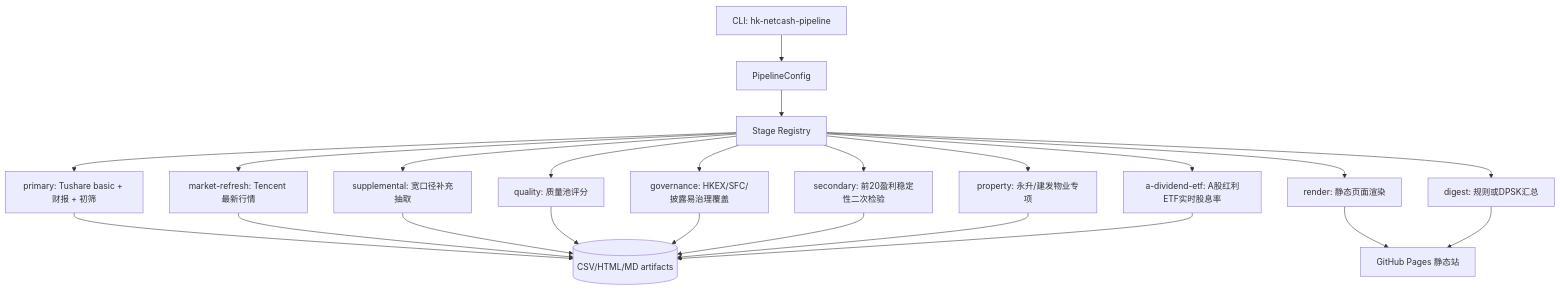
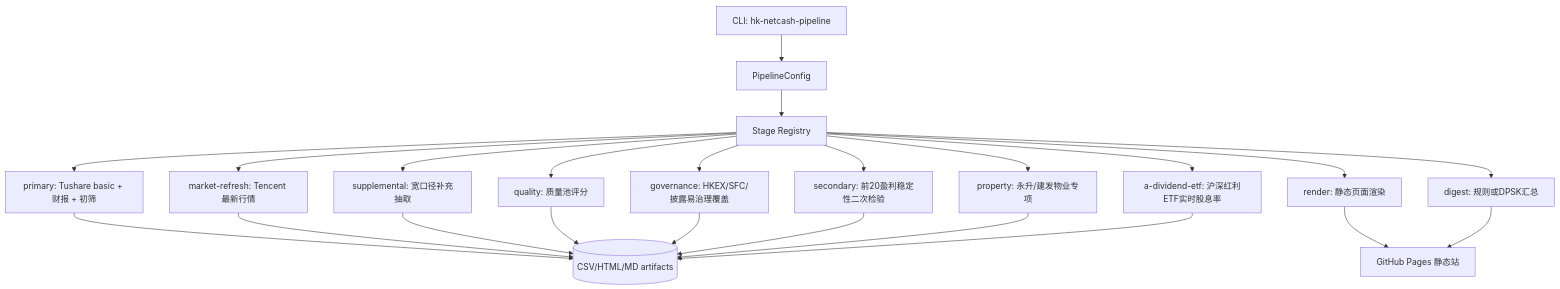
Before and after one commit to measimov/hk-netcash-candidates: the diagram in docs/architecture.md, drawn with Mermaid. The commit also changed other lines of this file and 39 other files, not shown here.

````diff
--- a/docs/architecture.md
+++ b/docs/architecture.md
@@ -22,25 +22,25 @@
 ```mermaid
 flowchart TD
     A[CLI: hk-netcash-pipeline] --> B[PipelineConfig]
     B --> C[Stage Registry]
     C --> D1[primary: Tushare basic + 财报 + 初筛]
     C --> D2[market-refresh: Tencent 最新行情]
     C --> D3[supplemental: 宽口径补充抽取]
     C --> D4[quality: 质量池评分]
     C --> D5[governance: HKEX/SFC/披露易治理覆盖]
     C --> D6[secondary: 前20盈利稳定性二次检验]
     C --> D7[property: 永升/建发物业专项]
-    C --> D8[a-dividend-etf: A股红利ETF实时股息率]
+    C --> D8[a-dividend-etf: 沪深红利ETF实时股息率]
     C --> D9[render: 静态页面渲染]
     C --> D10[digest: 规则或DPSK汇总]
     D1 --> E[(CSV/HTML/MD artifacts)]
     D2 --> E
     D3 --> E
     D4 --> E
     D5 --> E
     D6 --> E
     D7 --> E
     D8 --> E
     D9 --> F[GitHub Pages 静态站]
     D10 --> F
 ```
````
